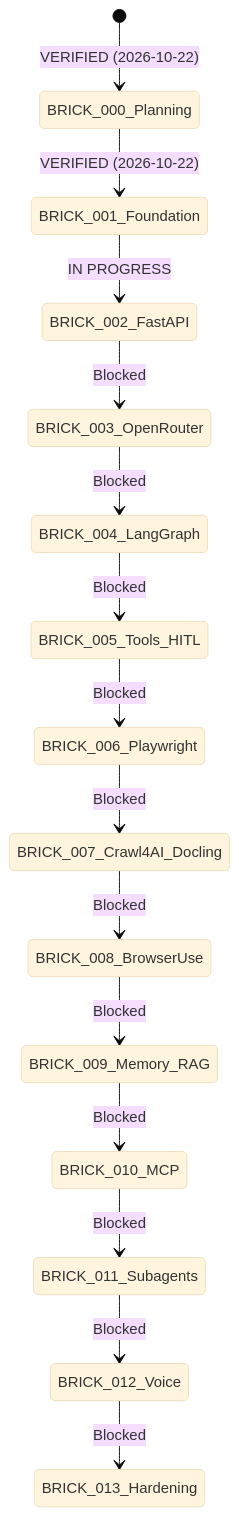
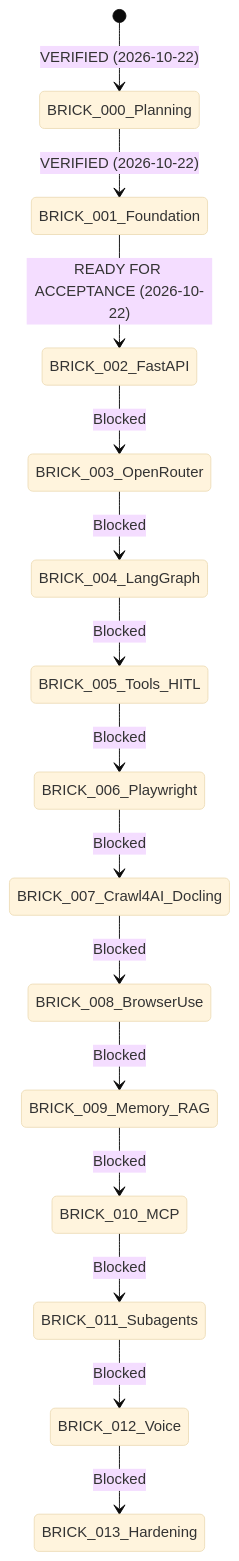
One commit to Aryramy/javed changed the diagram in docs/PROGRESS.md. Above: the diagram before and after it, drawn with Mermaid (base theme). The commit also changed other lines of this file and 50 other files, not shown here.

Commit message:
feat: BRICK-002 FastAPI backend, WebSocket/SSE transport, and live UI integration

````diff
--- a/docs/PROGRESS.md
+++ b/docs/PROGRESS.md
@@ -27,17 +27,17 @@
 ```mermaid
 stateDiagram-v2
     [*] --> BRICK_000_Planning: VERIFIED (2026-10-22)
     BRICK_000_Planning --> BRICK_001_Foundation: VERIFIED (2026-10-22)
-    BRICK_001_Foundation --> BRICK_002_FastAPI: IN PROGRESS
+    BRICK_001_Foundation --> BRICK_002_FastAPI: READY FOR ACCEPTANCE (2026-10-22)
     BRICK_002_FastAPI --> BRICK_003_OpenRouter: Blocked
     BRICK_003_OpenRouter --> BRICK_004_LangGraph: Blocked
     BRICK_004_LangGraph --> BRICK_005_Tools_HITL: Blocked
     BRICK_005_Tools_HITL --> BRICK_006_Playwright: Blocked
     BRICK_006_Playwright --> BRICK_007_Crawl4AI_Docling: Blocked
     BRICK_007_Crawl4AI_Docling --> BRICK_008_BrowserUse: Blocked
     BRICK_008_BrowserUse --> BRICK_009_Memory_RAG: Blocked
     BRICK_009_Memory_RAG --> BRICK_010_MCP: Blocked
     BRICK_010_MCP --> BRICK_011_Subagents: Blocked
     BRICK_011_Subagents --> BRICK_012_Voice: Blocked
     BRICK_012_Voice --> BRICK_013_Hardening: Blocked
 ```
````
